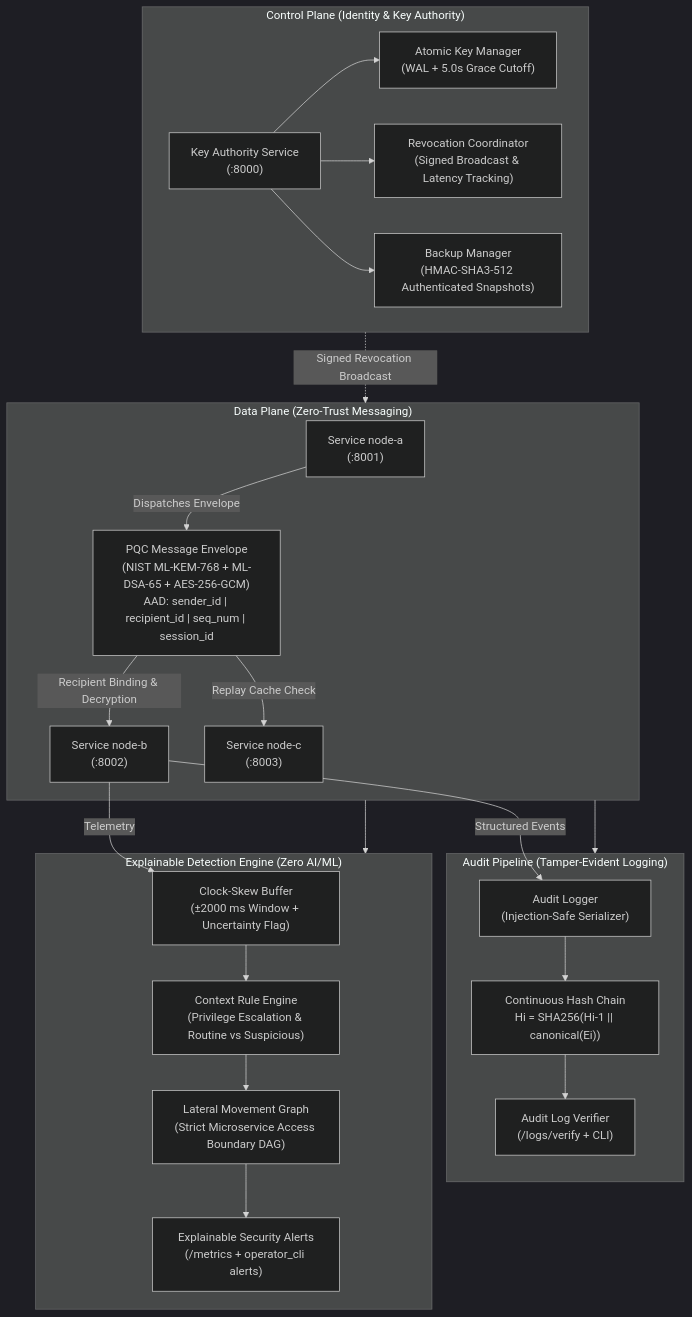
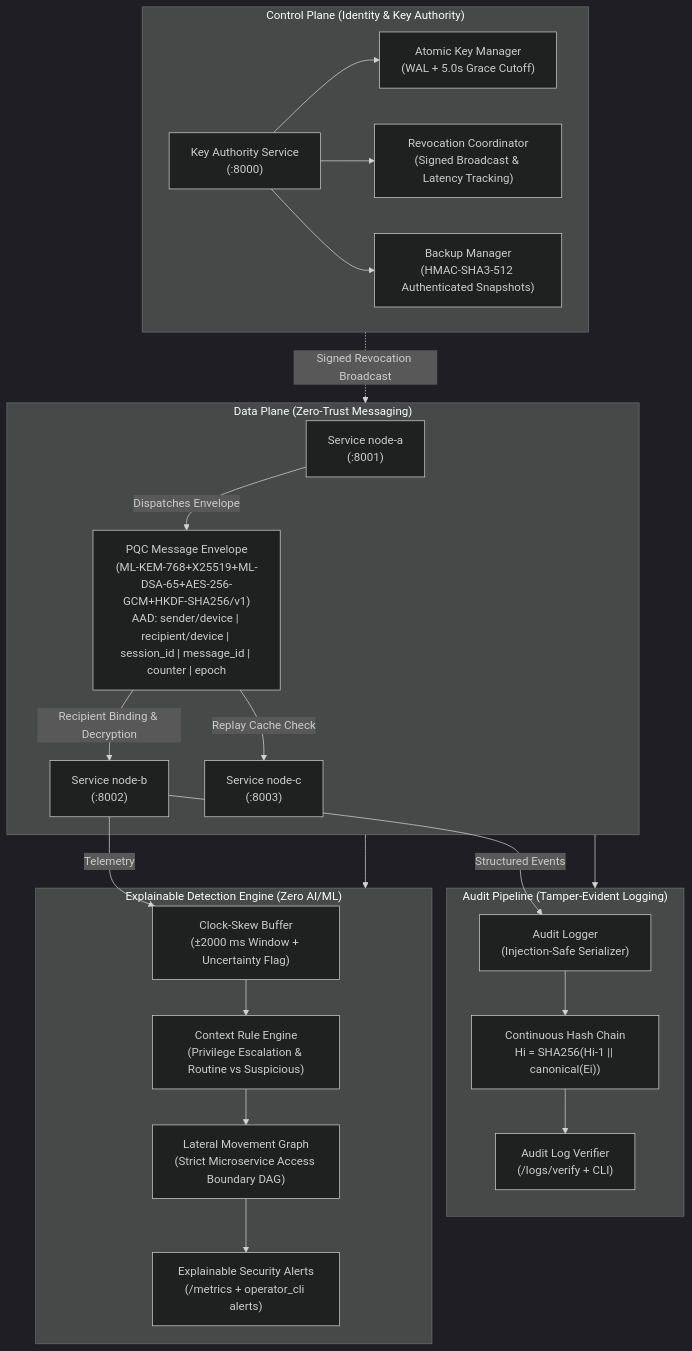
The diagram in README.md (mayank-xrz/trust---verify), drawn with Mermaid (dark theme) before and after one commit. The commit also changed other lines of this file and 36 other files, not shown here.

````diff
--- a/README.md
+++ b/README.md
@@ -28,50 +28,50 @@
 ```mermaid
 flowchart TD
     subgraph ControlPlane ["Control Plane (Identity & Key Authority)"]
         KA["Key Authority Service\n(:8000)"]
         KM["Atomic Key Manager\n(WAL + 5.0s Grace Cutoff)"]
         REV["Revocation Coordinator\n(Signed Broadcast & Latency Tracking)"]
         BKP["Backup Manager\n(HMAC-SHA3-512 Authenticated Snapshots)"]
         KA --> KM
         KA --> REV
         KA --> BKP
     end
 
     subgraph DataPlane ["Data Plane (Zero-Trust Messaging)"]
         NODE_A["Service node-a\n(:8001)"]
         NODE_B["Service node-b\n(:8002)"]
         NODE_C["Service node-c\n(:8003)"]
         
-        ENV["PQC Message Envelope\n(NIST ML-KEM-768 + ML-DSA-65 + AES-256-GCM)\nAAD: sender_id | recipient_id | seq_num | session_id"]
+        ENV["PQC Message Envelope\n(ML-KEM-768+X25519+ML-DSA-65+AES-256-GCM+HKDF-SHA256/v1)\nAAD: sender/device | recipient/device | session_id | message_id | counter | epoch"]
         
         NODE_A -->|Dispatches Envelope| ENV
         ENV -->|Recipient Binding & Decryption| NODE_B
         ENV -->|Replay Cache Check| NODE_C
     end
 
     subgraph AuditPipeline ["Audit Pipeline (Tamper-Evident Logging)"]
         LOGGER["Audit Logger\n(Injection-Safe Serializer)"]
         CHAIN["Continuous Hash Chain\nHi = SHA256(Hi-1 || canonical(Ei))"]
         VERIFIER["Audit Log Verifier\n(/logs/verify + CLI)"]
         
         NODE_B -->|Structured Events| LOGGER
         LOGGER --> CHAIN
         CHAIN --> VERIFIER
     end
 
     subgraph ExplainableDetector ["Explainable Detection Engine (Zero AI/ML)"]
         CLOCK["Clock-Skew Buffer\n(±2000 ms Window + Uncertainty Flag)"]
         RULES["Context Rule Engine\n(Privilege Escalation & Routine vs Suspicious)"]
         DAG["Lateral Movement Graph\n(Strict Microservice Access Boundary DAG)"]
         ALERTS["Explainable Security Alerts\n(/metrics + operator_cli alerts)"]
         
         NODE_B -->|Telemetry| CLOCK
         CLOCK --> RULES
         RULES --> DAG
         DAG --> ALERTS
     end
 
     ControlPlane -.->|Signed Revocation Broadcast| DataPlane
     DataPlane --> AuditPipeline
     DataPlane --> ExplainableDetector
 ```
````
